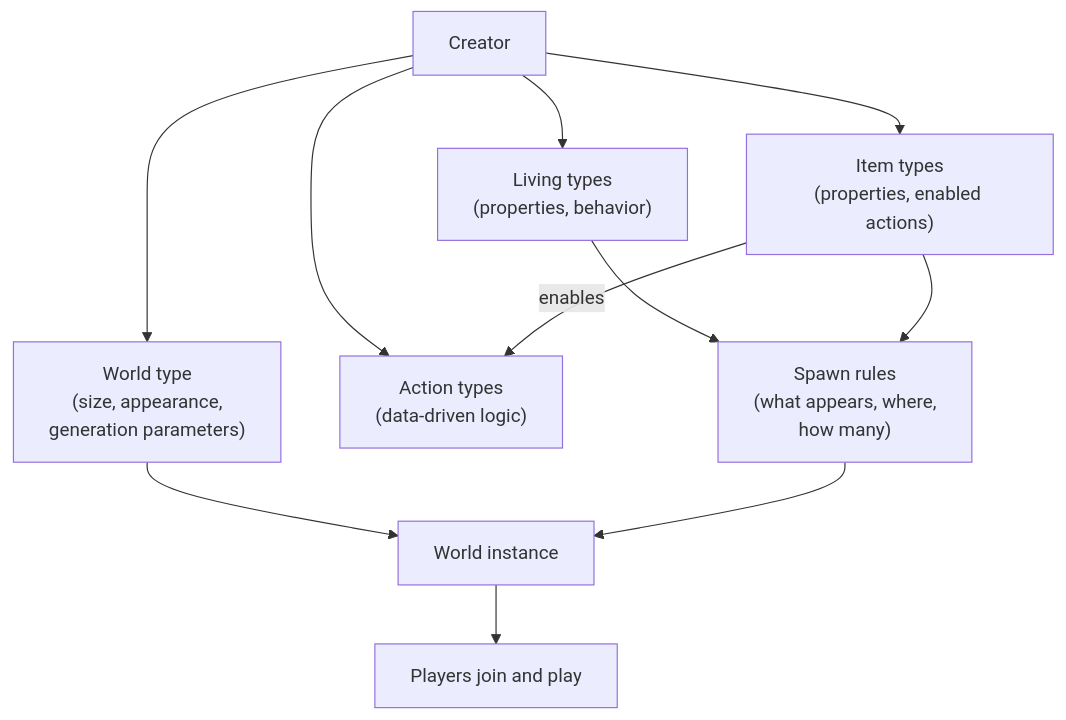
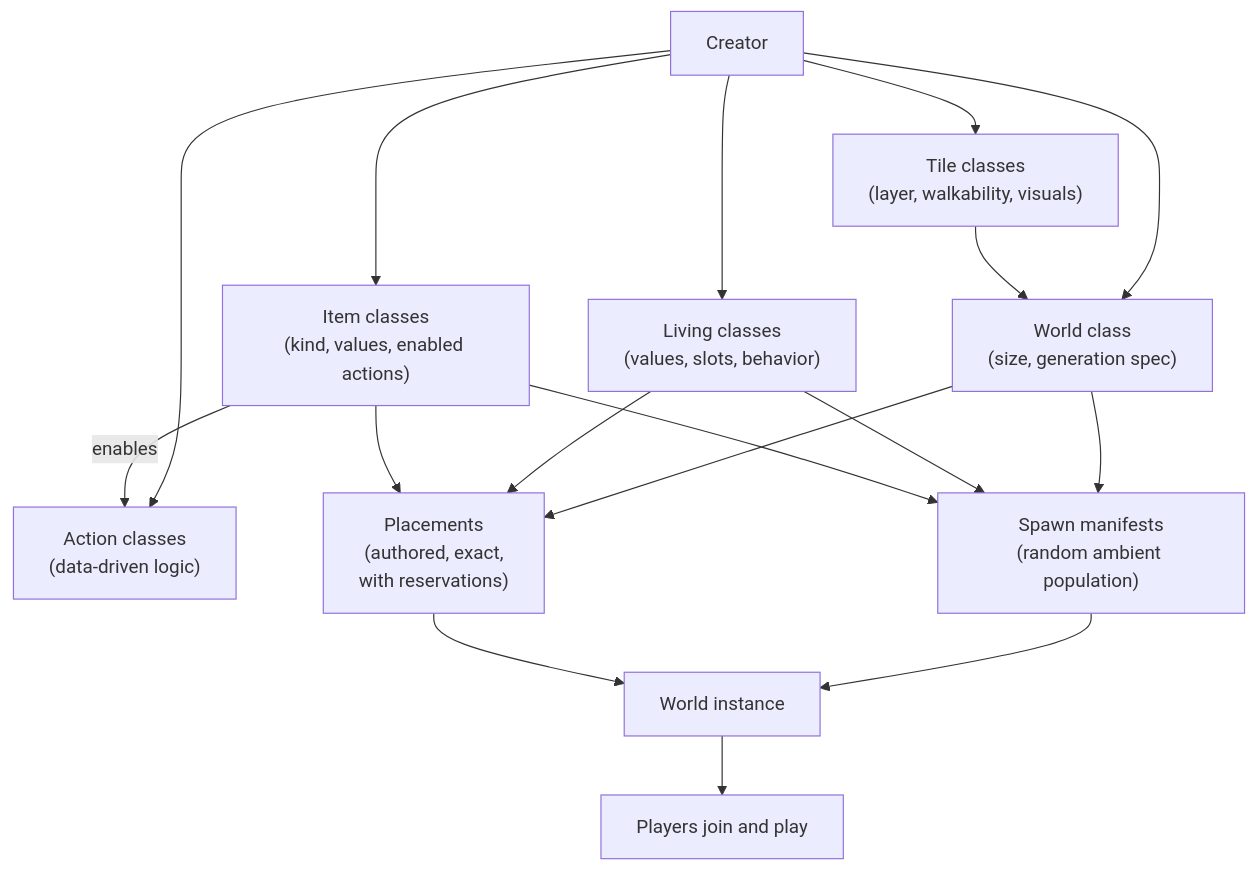
Before and after one commit to lpajunen/aiwebengine-examples: the fourth of 5 diagrams in src/virtual-world/README.md, drawn with Mermaid. The commit also changed other lines of this file and 5 other files, not shown here.

````diff
--- a/src/virtual-world/README.md
+++ b/src/virtual-world/README.md
@@ -166,13 +290,19 @@
 ```mermaid
 flowchart TB
-    Creator["Creator"] --> WT["World type<br/>(size, appearance,<br/>generation parameters)"]
-    Creator --> LT["Living types<br/>(properties, behavior)"]
-    Creator --> IT["Item types<br/>(properties, enabled actions)"]
-    Creator --> AT["Action types<br/>(data-driven logic)"]
-    IT -- "enables" --> AT
-    WT --> WorldInst["World instance"]
-    LT --> Spawn["Spawn rules<br/>(what appears, where,<br/>how many)"]
-    IT --> Spawn
-    Spawn --> WorldInst
+    Creator["Creator"] --> WC["World class<br/>(size, generation spec)"]
+    Creator --> TC["Tile classes<br/>(layer, walkability, visuals)"]
+    Creator --> LC["Living classes<br/>(values, slots, behavior)"]
+    Creator --> IC["Item classes<br/>(kind, values, enabled actions)"]
+    Creator --> AC["Action classes<br/>(data-driven logic)"]
+    IC -- "enables" --> AC
+    TC --> WC
+    WC --> Manifests["Spawn manifests<br/>(random ambient population)"]
+    WC --> Placements["Placements<br/>(authored, exact,<br/>with reservations)"]
+    LC --> Manifests
+    IC --> Manifests
+    LC --> Placements
+    IC --> Placements
+    Manifests --> WorldInst["World instance"]
+    Placements --> WorldInst
     WorldInst --> Players["Players join and play"]
 ```
````
